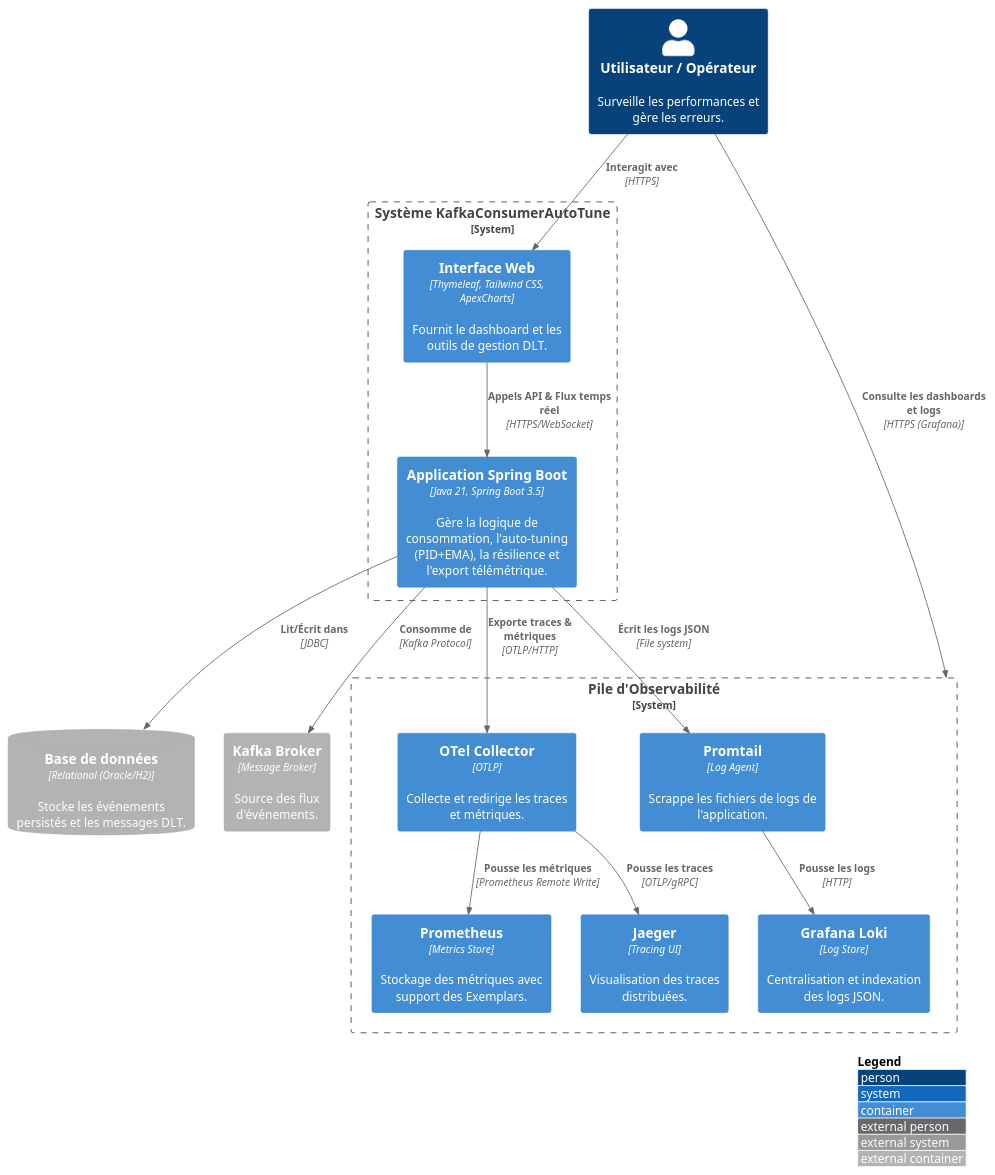
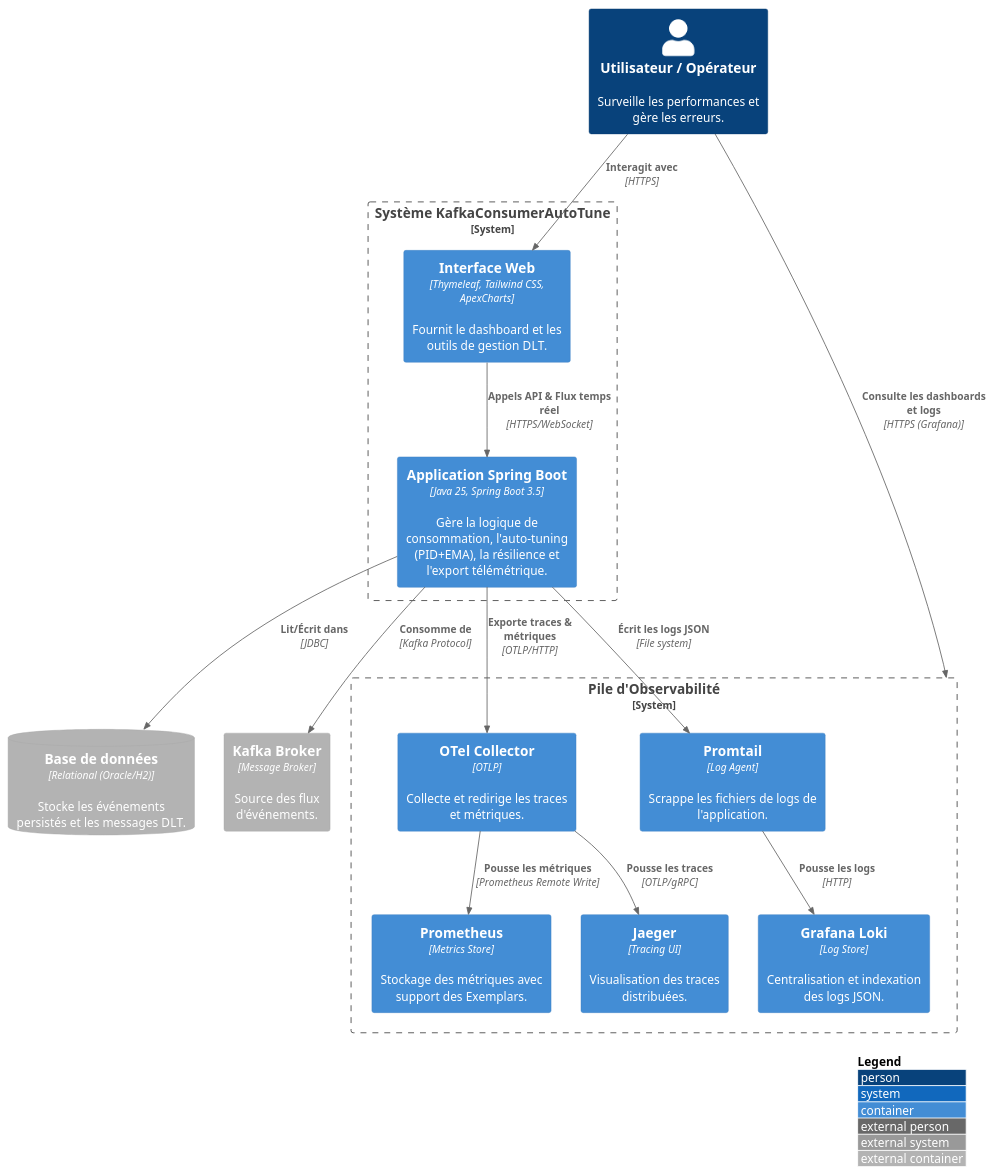
Before and after one commit to devdownin/kafkaconsumerautotune: the second of 3 diagrams in docs/c4-models.md, drawn with PlantUML. The commit also changed 13 other files, not shown here.

````diff
--- a/docs/c4-models.md
+++ b/docs/c4-models.md
@@ -37,37 +37,37 @@
 ```puml
 @startuml C4_Containers
 !include https://raw.githubusercontent.com/plantuml-stdlib/C4-PlantUML/master/C4_Container.puml
 
 LAYOUT_WITH_LEGEND()
 
 Person(user, "Utilisateur / Opérateur", "Surveille les performances et gère les erreurs.")
 
 System_Boundary(kafkaconsumerautotune_boundary, "Système KafkaConsumerAutoTune") {
     Container(ui, "Interface Web", "Thymeleaf, Tailwind CSS, ApexCharts", "Fournit le dashboard et les outils de gestion DLT.")
-    Container(app, "Application Spring Boot", "Java 21, Spring Boot 3.5", "Gère la logique de consommation, l'auto-tuning (PID+EMA), la résilience et l'export télémétrique.")
+    Container(app, "Application Spring Boot", "Java 25, Spring Boot 3.5", "Gère la logique de consommation, l'auto-tuning (PID+EMA), la résilience et l'export télémétrique.")
 }
 
 System_Boundary(observability_boundary, "Pile d'Observabilité") {
     Container(collector, "OTel Collector", "OTLP", "Collecte et redirige les traces et métriques.")
     Container(prometheus, "Prometheus", "Metrics Store", "Stockage des métriques avec support des Exemplars.")
     Container(loki, "Grafana Loki", "Log Store", "Centralisation et indexation des logs JSON.")
     Container(promtail, "Promtail", "Log Agent", "Scrappe les fichiers de logs de l'application.")
     Container(jaeger, "Jaeger", "Tracing UI", "Visualisation des traces distribuées.")
 }
 
 ContainerDb_Ext(database, "Base de données", "Relational (Oracle/H2)", "Stocke les événements persistés et les messages DLT.")
 Container_Ext(kafka, "Kafka Broker", "Message Broker", "Source des flux d'événements.")
 
 Rel(user, ui, "Interagit avec", "HTTPS")
 Rel(user, observability_boundary, "Consulte les dashboards et logs", "HTTPS (Grafana)")
 Rel(ui, app, "Appels API & Flux temps réel", "HTTPS/WebSocket")
 Rel(app, database, "Lit/Écrit dans", "JDBC")
 Rel(app, kafka, "Consomme de", "Kafka Protocol")
 
 Rel(app, collector, "Exporte traces & métriques", "OTLP/HTTP")
 Rel(app, promtail, "Écrit les logs JSON", "File system")
 Rel(promtail, loki, "Pousse les logs", "HTTP")
 Rel(collector, prometheus, "Pousse les métriques", "Prometheus Remote Write")
 Rel(collector, jaeger, "Pousse les traces", "OTLP/gRPC")
 @enduml
 ```
````
